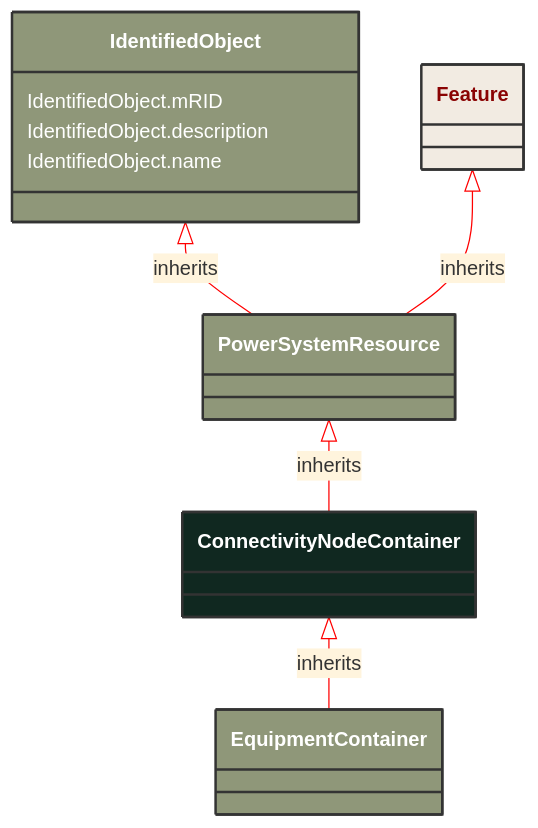
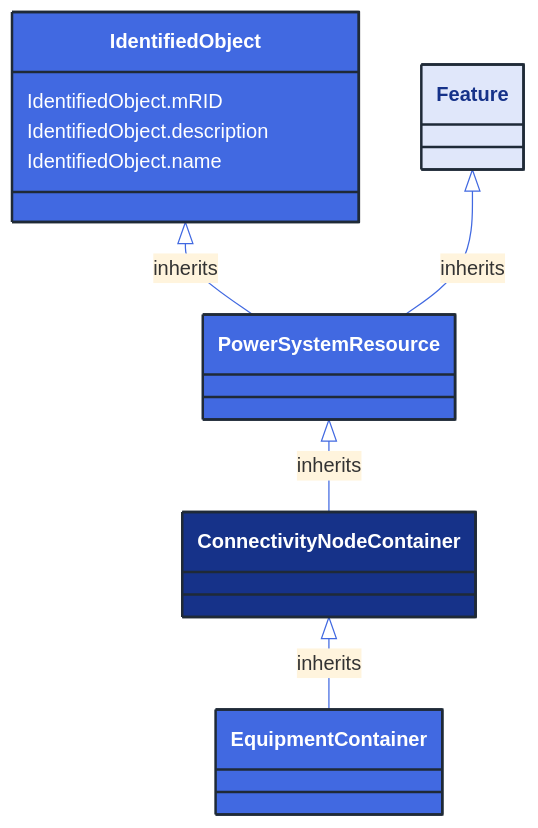
One commit to 3lbits/NoCIMExtensions changed the diagram in docs/Models/Profiles/GridCapacity/AbstractClasses/ConnectivityNodeContainer.md. Above: the diagram before and after it, drawn with Mermaid. The commit also changed 362 other files, not shown here.

First line of the commit message:
Update diagrams and styles for improved visual consistency

````diff
--- a/docs/Models/Profiles/GridCapacity/AbstractClasses/ConnectivityNodeContainer.md
+++ b/docs/Models/Profiles/GridCapacity/AbstractClasses/ConnectivityNodeContainer.md
@@ -10,31 +10,31 @@
 ```mermaid
-%%{init: {'theme':'base','themeVariables': {'lineColor': '#FF0000'}}}%%
+%%{init: {'theme':'base','themeVariables': {'lineColor': '#4169E1'}}}%%
 classDiagram
     class ConnectivityNodeContainer
     click ConnectivityNodeContainer href "/Models/Profiles/GridCapacity/AbstractClasses/ConnectivityNodeContainer/"
-    style ConnectivityNodeContainer fill:#102820,stroke:#333,stroke-width:2px,rx:10,ry:10,color:white
+    style ConnectivityNodeContainer fill:#163289,stroke:#1F2A37,stroke-width:2px,rx:10,ry:10,color:white
 
         ConnectivityNodeContainer <|-- EquipmentContainer : inherits
 
         EquipmentContainer
             click EquipmentContainer href "/Models/Profiles/GridCapacity/AbstractClasses/EquipmentContainer/"
-            style EquipmentContainer fill:#8F9779,stroke:#333,stroke-width:2px,rx:10,ry:10,color:white
+            style EquipmentContainer fill:#4169E1,stroke:#1F2A37,stroke-width:2px,rx:10,ry:10,color:white
      
         PowerSystemResource <|-- ConnectivityNodeContainer : inherits
             click PowerSystemResource href "/Models/Profiles/GridCapacity/AbstractClasses/PowerSystemResource/"
-            style PowerSystemResource fill:#8F9779,stroke:#333,stroke-width:2px,rx:10,ry:10,color:white
+            style PowerSystemResource fill:#4169E1,stroke:#1F2A37,stroke-width:2px,rx:10,ry:10,color:white
      
         IdentifiedObject <|-- PowerSystemResource : inherits
             click IdentifiedObject href "/Models/Profiles/GridCapacity/AbstractClasses/IdentifiedObject/"
-            style IdentifiedObject fill:#8F9779,stroke:#333,stroke-width:2px,rx:10,ry:10,color:white
+            style IdentifiedObject fill:#4169E1,stroke:#1F2A37,stroke-width:2px,rx:10,ry:10,color:white
 
         Feature <|-- PowerSystemResource : inherits
             click Feature href "/Models/Profiles/GridCapacity/AbstractClasses/Feature/"
-            style Feature fill:#F2EBE2,stroke:#333,stroke-width:2px,rx:10,ry:10,color:#8A0303
+            style Feature fill:#E0E7FA,stroke:#1F2A37,stroke-width:2px,rx:10,ry:10,color:#163289
 
 
 
         IdentifiedObject : IdentifiedObject.mRID
         IdentifiedObject : IdentifiedObject.description
         IdentifiedObject : IdentifiedObject.name
 ```
````
